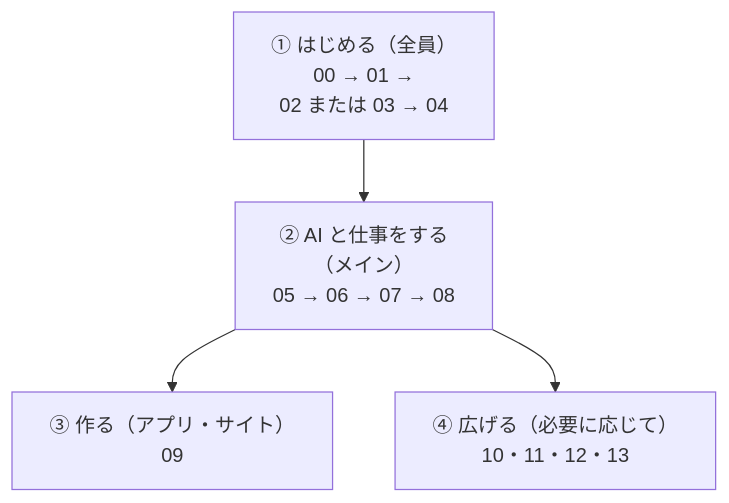
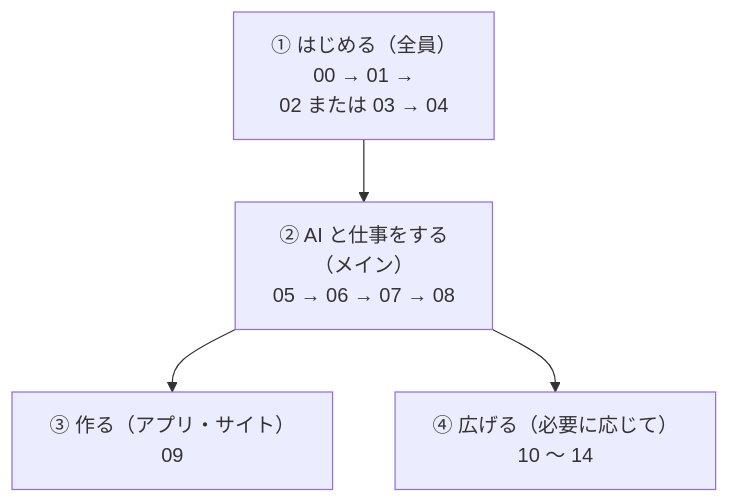
The diagram in README.md (fujitamasayoshi0402/ai-dev-setup), drawn with Mermaid before and after one commit. The commit also changed other lines of this file and 8 other files, not shown here.

````diff
--- a/README.md
+++ b/README.md
@@ -26,10 +26,10 @@
 ```mermaid
 flowchart TD
     s1["① はじめる（全員）<br>00 → 01 →<br>02 または 03 → 04"]
     s2["② AI と仕事をする<br>（メイン）<br>05 → 06 → 07 → 08"]
     s3["③ 作る（アプリ・サイト）<br>09"]
-    s4["④ 広げる（必要に応じて）<br>10・11・12・13"]
+    s4["④ 広げる（必要に応じて）<br>10 〜 14"]
     s1 --> s2
     s2 --> s3
     s2 --> s4
 ```
````
